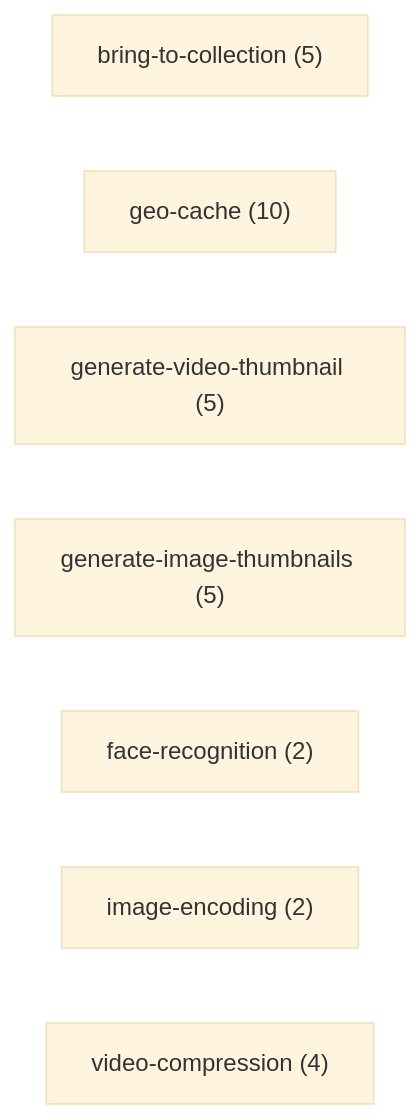
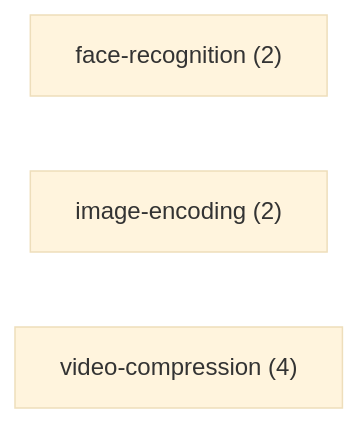
Before and after one commit to mrbrahman/photo-loka: the second of 4 diagrams in go-server/docs/pipeline-dag-design.md, drawn with Mermaid (base theme). The commit also changed other lines of this file and 1 other file, not shown here.

First line of the commit message:
docs: Consolidate pipeline design into one as-built architecture doc

````diff
--- a/go-server/docs/pipeline-dag-design.md
+++ b/go-server/docs/pipeline-dag-design.md
@@ -189,10 +293,6 @@
 ```mermaid
 flowchart LR
-    a["bring-to-collection (5)"]
-    b["geo-cache (10)"]
-    c["generate-video-thumbnail (5)"]
-    d["generate-image-thumbnails (5)"]
     e["face-recognition (2)"]
     f["image-encoding (2)"]
     g["video-compression (4)"]
 ```
````
